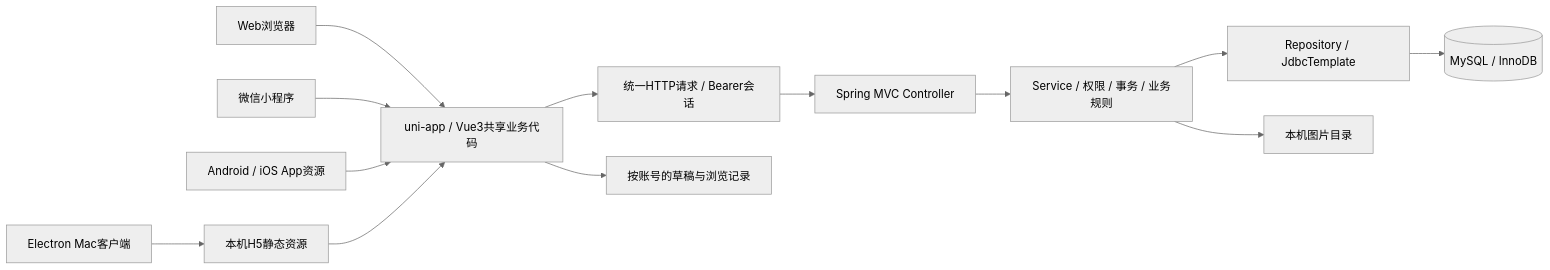
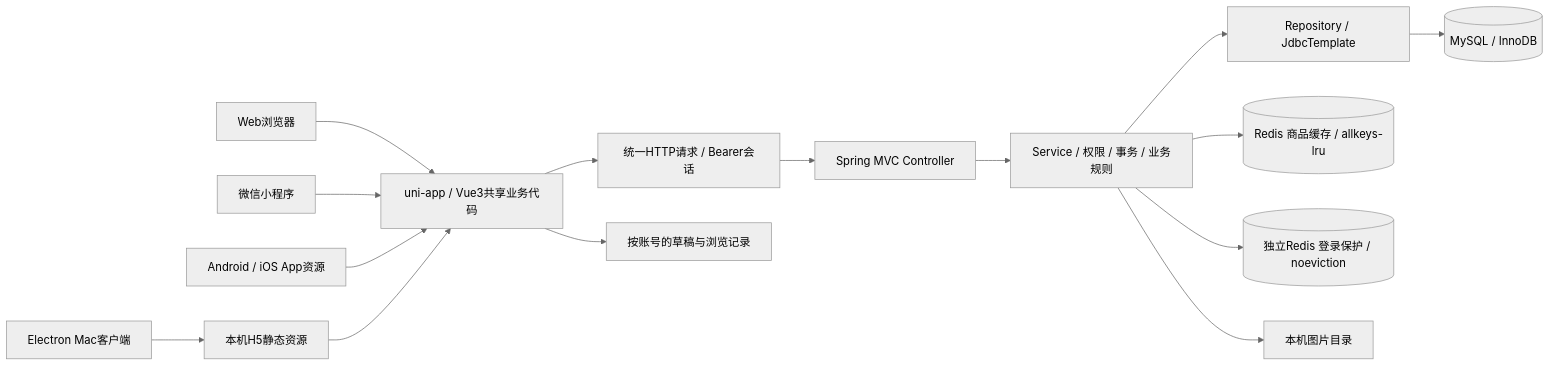
Before and after one commit to StewardAndrecher/-: the diagram in docs/TECH_STACK.md, drawn with Mermaid (neutral theme). The commit also changed other lines of this file and 79 other files, not shown here.

````diff
--- a/docs/TECH_STACK.md
+++ b/docs/TECH_STACK.md
@@ -24,15 +25,17 @@
 ```mermaid
 flowchart LR
     Web[Web浏览器] --> Shared[uni-app / Vue3共享业务代码]
     WX[微信小程序] --> Shared
     App[Android / iOS App资源] --> Shared
     Mac[Electron Mac客户端] --> H5[本机H5静态资源]
     H5 --> Shared
     Shared --> Request[统一HTTP请求 / Bearer会话]
     Request --> MVC[Spring MVC Controller]
     MVC --> Service[Service / 权限 / 事务 / 业务规则]
     Service --> JDBC[Repository / JdbcTemplate]
     JDBC --> DB[(MySQL / InnoDB)]
+    Service --> Cache[(Redis 商品缓存 / allkeys-lru)]
+    Service --> Guard[(独立Redis 登录保护 / noeviction)]
     Service --> Files[本机图片目录]
     Shared --> Local[按账号的草稿与浏览记录]
 ```
````
